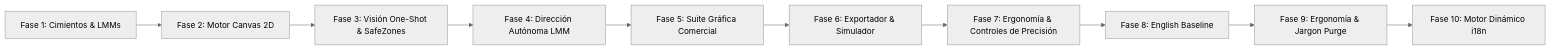
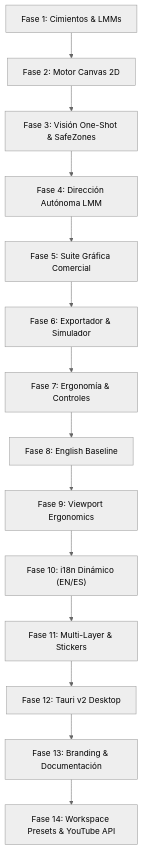
The diagram in docs/ROADMAP.md (jrmurillom/YText-Studio), drawn with Mermaid (neutral theme) before and after one commit. The commit also changed other lines of this file and 5 other files, not shown here.

````diff
--- a/docs/ROADMAP.md
+++ b/docs/ROADMAP.md
@@ -37,12 +41,16 @@
 ```mermaid
-flowchart LR
+flowchart TD
     Fase1["Fase 1: Cimientos & LMMs"] --> Fase2["Fase 2: Motor Canvas 2D"]
     Fase2 --> Fase3["Fase 3: Visión One-Shot & SafeZones"]
     Fase3 --> Fase4["Fase 4: Dirección Autónoma LMM"]
     Fase4 --> Fase5["Fase 5: Suite Gráfica Comercial"]
     Fase5 --> Fase6["Fase 6: Exportador & Simulador"]
-    Fase6 --> Fase7["Fase 7: Ergonomía & Controles de Precisión"]
+    Fase6 --> Fase7["Fase 7: Ergonomía & Controles"]
     Fase7 --> Fase8["Fase 8: English Baseline"]
-    Fase8 --> Fase9["Fase 9: Ergonomía & Jargon Purge"]
-    Fase9 --> Fase10["Fase 10: Motor Dinámico i18n"]
+    Fase8 --> Fase9["Fase 9: Viewport Ergonomics"]
+    Fase9 --> Fase10["Fase 10: i18n Dinámico (EN/ES)"]
+    Fase10 --> Fase11["Fase 11: Multi-Layer & Stickers"]
+    Fase11 --> Fase12["Fase 12: Tauri v2 Desktop"]
+    Fase12 --> Fase13["Fase 13: Branding & Documentación"]
+    Fase13 --> Fase14["Fase 14: Workspace Presets & YouTube API"]
 ```
````
